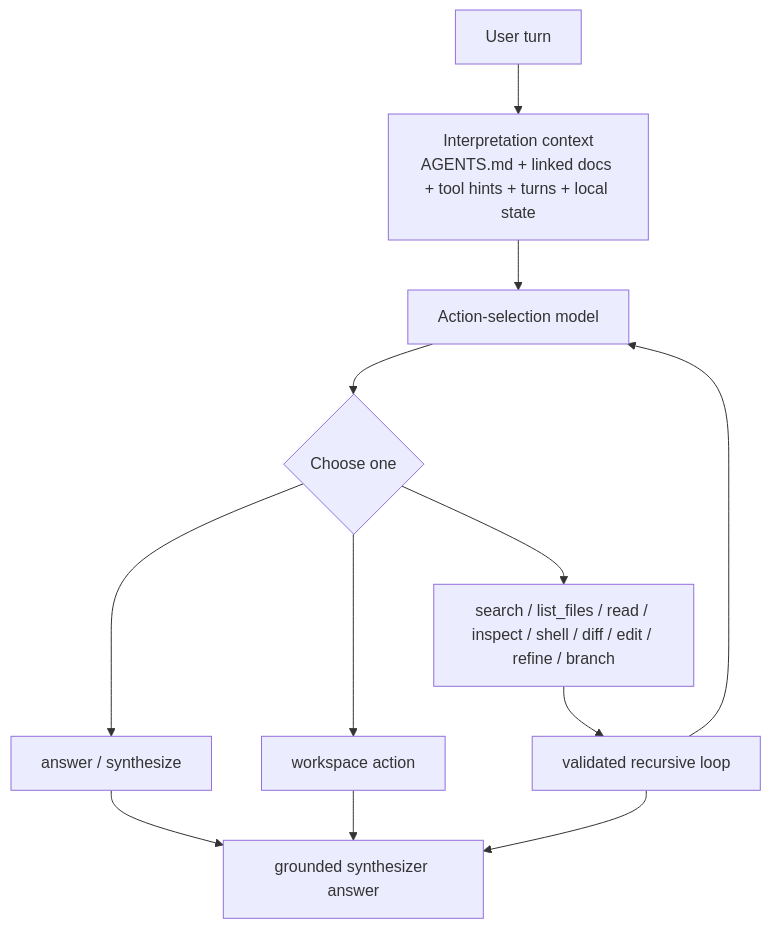
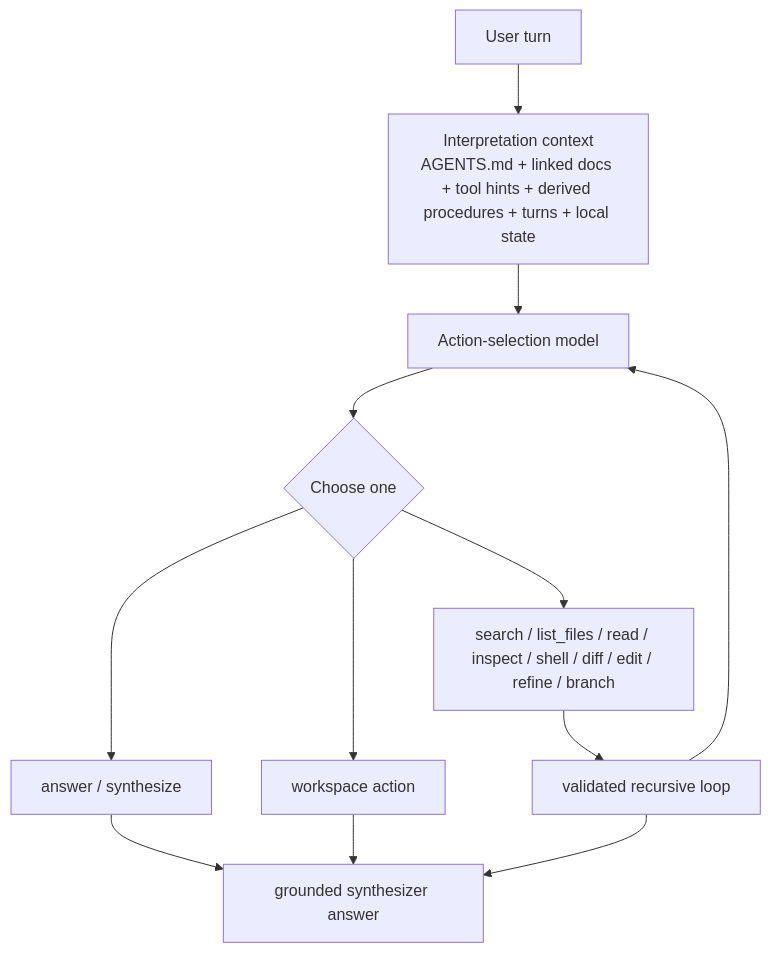
One commit to spoke-sh/paddles changed the third of 5 diagrams in README.md. Above: the diagram before and after it, drawn with Mermaid. The commit also changed other lines of this file and 7 other files, not shown here.

````diff
--- a/README.md
+++ b/README.md
@@ -82,18 +82,18 @@
 ```mermaid
 flowchart TD
     U["User turn"]
-    I["Interpretation context<br/>AGENTS.md + linked docs + tool hints + turns + local state"]
+    I["Interpretation context<br/>AGENTS.md + linked docs + tool hints + derived procedures + turns + local state"]
     M["Action-selection model"]
     C{"Choose one"}
     A["answer / synthesize"]
     T["workspace action"]
     R["search / list_files / read / inspect / shell / diff / edit / refine / branch"]
     L["validated recursive loop"]
     S["grounded synthesizer answer"]
 
     U --> I --> M --> C
     C --> A --> S
     C --> T --> S
     C --> R --> L --> M
     L --> S
 ```
````
